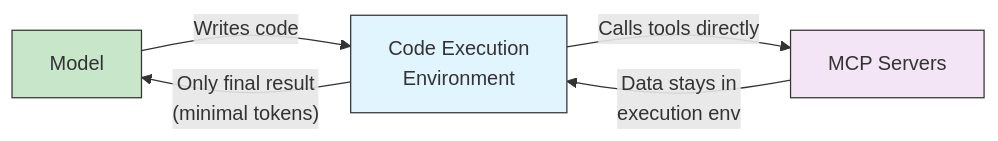
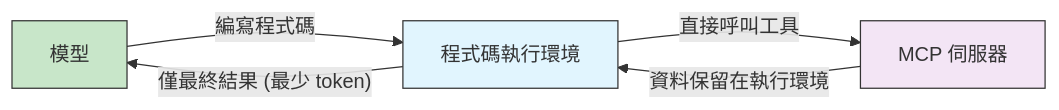
One commit to huckly/claude-howto-zh-tw changed the seventh of 7 diagrams in 05-mcp/README.md. Above: the diagram before and after it, drawn with Mermaid. The commit also changed other lines of this file, not shown here.

Commit message:
🔌 05-mcp：MCP Protocol — 同步上游更新並翻譯

````diff
--- a/05-mcp/README.md
+++ b/05-mcp/README.md
@@ -767,11 +760,11 @@
 ```mermaid
 graph LR
-    A["Model"] -->|"Writes code"| B["Code Execution<br/>Environment"]
-    B -->|"Calls tools directly"| C["MCP Servers"]
-    C -->|"Data stays in<br/>execution env"| B
-    B -->|"Only final result<br/>(minimal tokens)"| A
+    A["模型"] -->|"編寫程式碼"| B["程式碼執行環境"]
+    B -->|"直接呼叫工具"| C["MCP 伺服器"]
+    C -->|"資料保留在執行環境"| B
+    B -->|"僅最終結果 (最少 token)"| A
 
     style A fill:#c8e6c9,stroke:#333,color:#333
     style B fill:#e1f5fe,stroke:#333,color:#333
     style C fill:#f3e5f5,stroke:#333,color:#333
 ```
````
